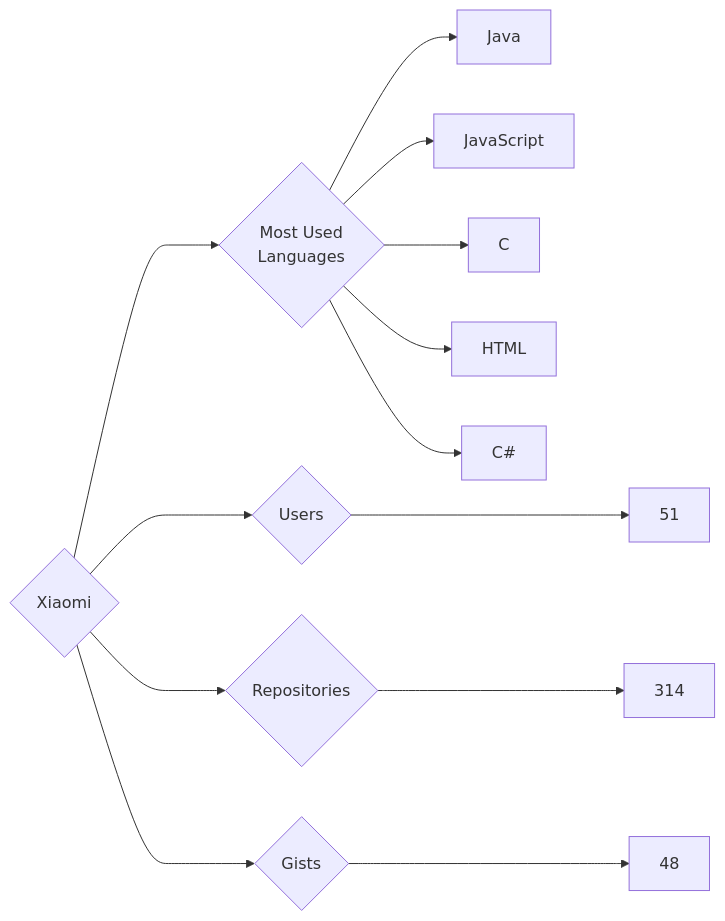
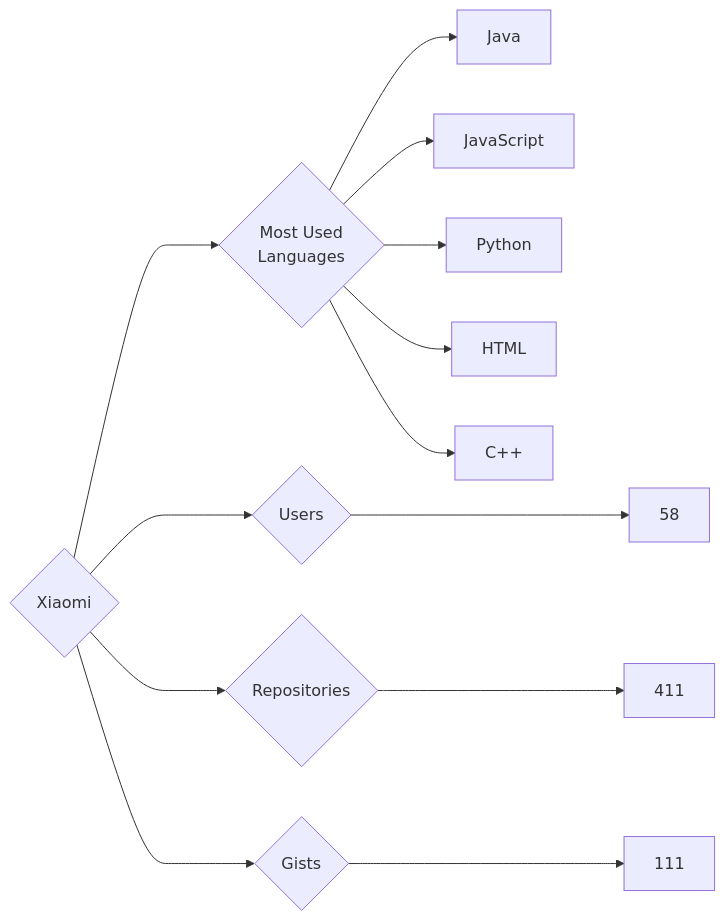
One commit to trickest/insiders changed the diagram in targets/Xiaomi/README.md. Above: the diagram before and after it, drawn with Mermaid. The commit also changed 796 other files, not shown here.

````diff
--- a/targets/Xiaomi/README.md
+++ b/targets/Xiaomi/README.md
@@ -3,13 +3,13 @@
 ```mermaid
 graph LR
 COMPANY_NAME{Xiaomi}
-COMPANY_NAME ---> U{Users} ---> UN[51]
-COMPANY_NAME ---> R{Repositories} ---> RN[314]
-COMPANY_NAME ---> G{Gists} ---> GN[48]
+COMPANY_NAME ---> U{Users} ---> UN[58]
+COMPANY_NAME ---> R{Repositories} ---> RN[411]
+COMPANY_NAME ---> G{Gists} ---> GN[111]
 COMPANY_NAME ---> ML{Most Used<br>Languages}
 ML --> Java[Java]
 ML --> JavaScript[JavaScript]
-ML --> C[C]
+ML --> Python[Python]
 ML --> HTML[HTML]
-ML --> C#[C#]
+ML --> C++[C++]
 ```
````
